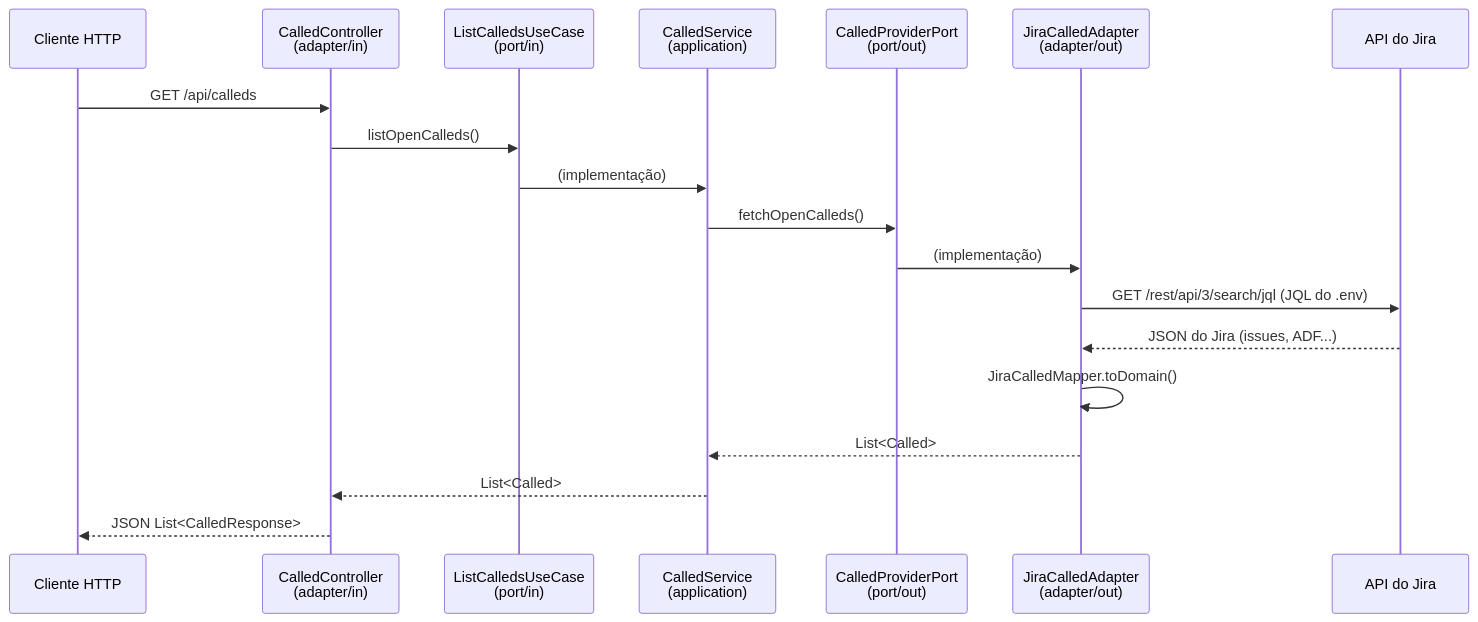
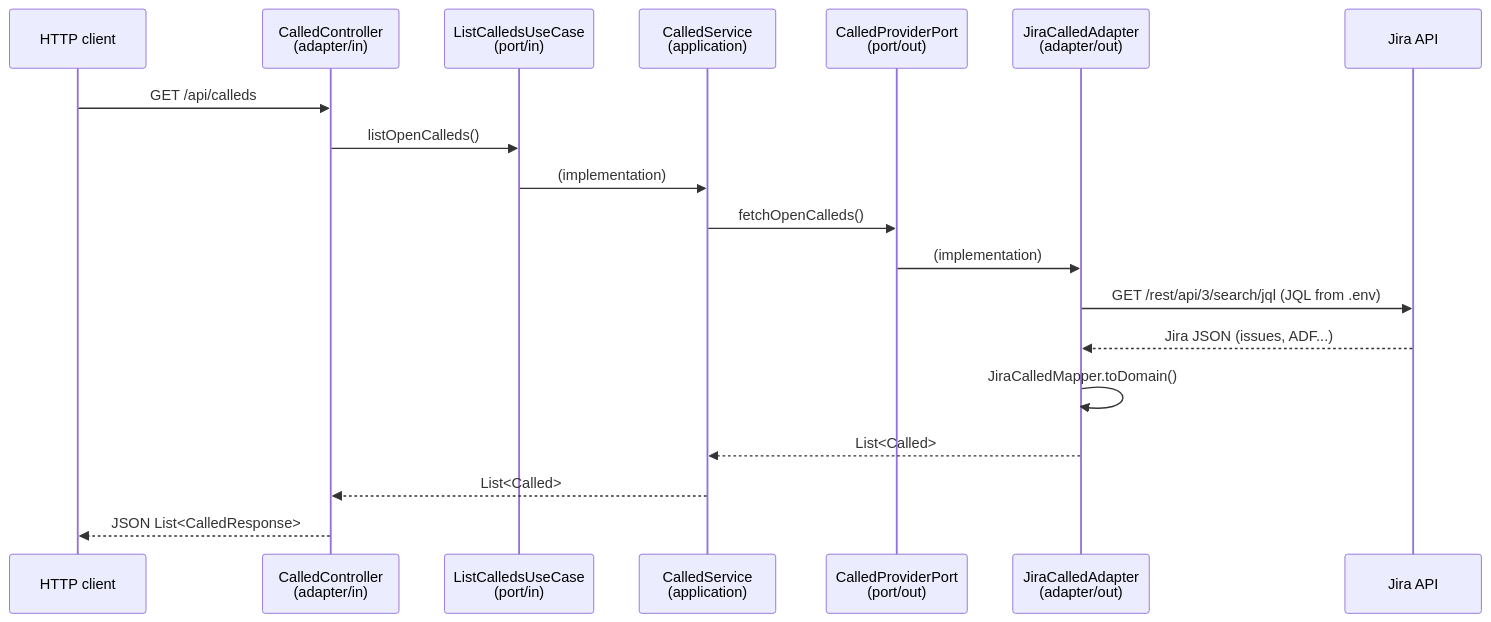
Before and after one commit to fkauanGIT/knowledgeSupport-api: the second of 3 diagrams in docs/ARCHITECTURE.md, drawn with Mermaid. The commit also changed other lines of this file and 5 other files, not shown here.

````diff
--- a/docs/ARCHITECTURE.md
+++ b/docs/ARCHITECTURE.md
@@ -127,22 +127,22 @@
 ```mermaid
 sequenceDiagram
-    participant C as Cliente HTTP
+    participant C as HTTP client
     participant CC as CalledController<br/>(adapter/in)
     participant UC as ListCalledsUseCase<br/>(port/in)
     participant CS as CalledService<br/>(application)
     participant CP as CalledProviderPort<br/>(port/out)
     participant JA as JiraCalledAdapter<br/>(adapter/out)
-    participant J as API do Jira
+    participant J as Jira API
 
     C->>CC: GET /api/calleds
     CC->>UC: listOpenCalleds()
-    UC->>CS: (implementação)
+    UC->>CS: (implementation)
     CS->>CP: fetchOpenCalleds()
-    CP->>JA: (implementação)
-    JA->>J: GET /rest/api/3/search/jql (JQL do .env)
-    J-->>JA: JSON do Jira (issues, ADF...)
+    CP->>JA: (implementation)
+    JA->>J: GET /rest/api/3/search/jql (JQL from .env)
+    J-->>JA: Jira JSON (issues, ADF...)
     JA->>JA: JiraCalledMapper.toDomain()
     JA-->>CS: List<Called>
     CS-->>CC: List<Called>
     CC-->>C: JSON List<CalledResponse>
 ```
````
